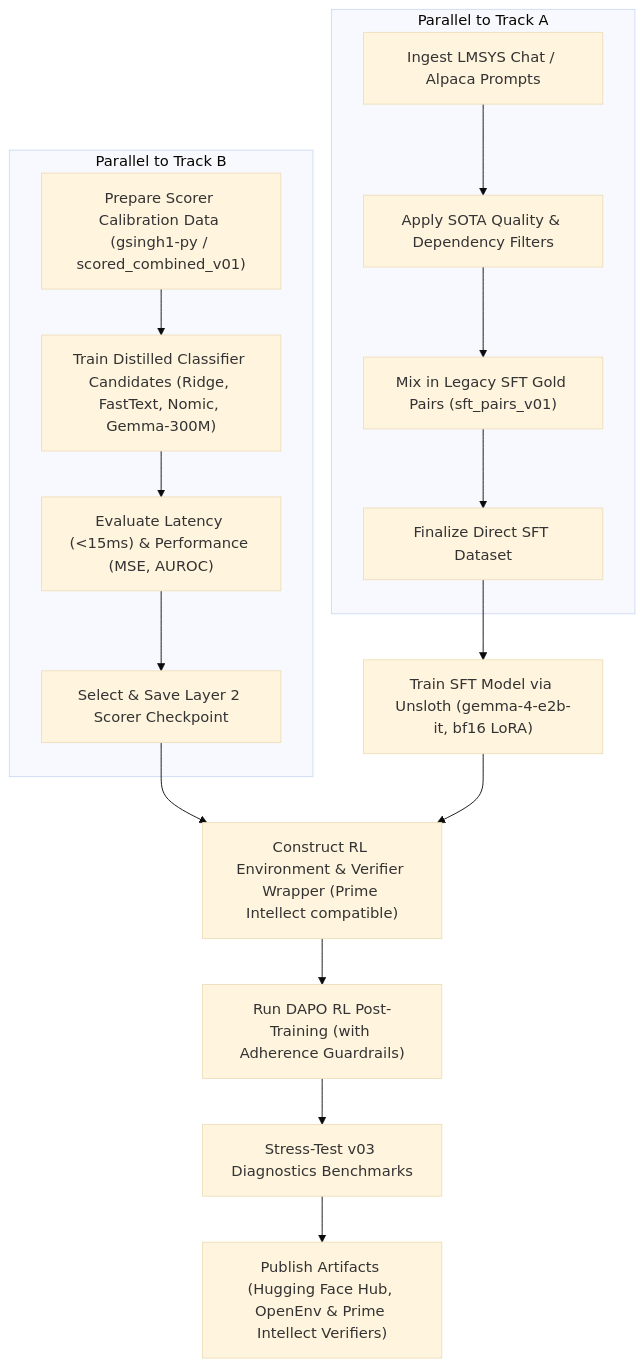
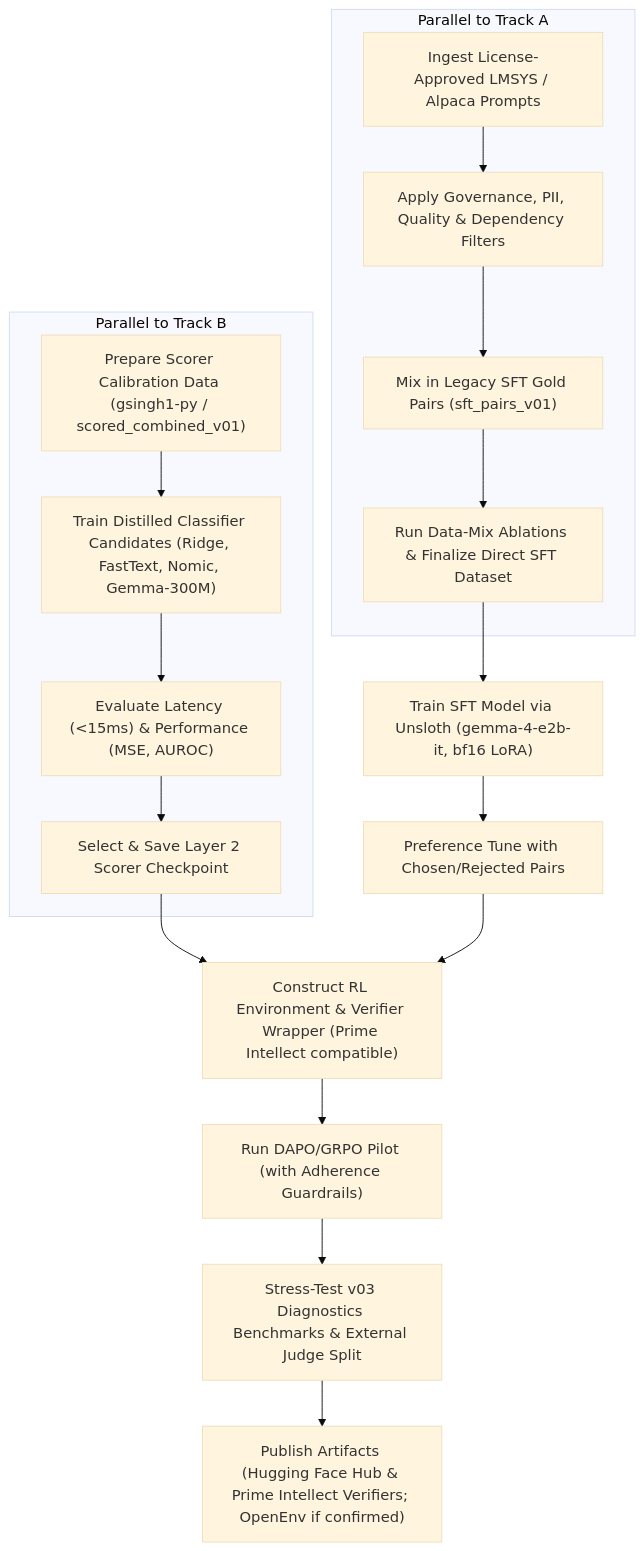
The diagram in docs/plans/gemma_4_e2b_alignment_strategy.md (jayshah5696/humanize-rl), drawn with Mermaid (base theme) before and after one commit. The commit also changed other lines of this file, not shown here.

````diff
--- a/docs/plans/gemma_4_e2b_alignment_strategy.md
+++ b/docs/plans/gemma_4_e2b_alignment_strategy.md
@@ -206,23 +242,24 @@
 ```mermaid
 flowchart TD
     subgraph Track A: Scorer Calibration [Parallel to Track B]
         A1["Prepare Scorer Calibration Data (gsingh1-py / scored_combined_v01)"] --> A2["Train Distilled Classifier Candidates (Ridge, FastText, Nomic, Gemma-300M)"]
         A2 --> A3["Evaluate Latency (<15ms) & Performance (MSE, AUROC)"]
         A3 --> A4["Select & Save Layer 2 Scorer Checkpoint"]
     end
 
     subgraph Track B: SFT Data Preparation [Parallel to Track A]
-        B1["Ingest LMSYS Chat / Alpaca Prompts"] --> B2["Apply SOTA Quality & Dependency Filters"]
+        B1["Ingest License-Approved LMSYS / Alpaca Prompts"] --> B2["Apply Governance, PII, Quality & Dependency Filters"]
         B2 --> B3["Mix in Legacy SFT Gold Pairs (sft_pairs_v01)"]
-        B3 --> B4["Finalize Direct SFT Dataset"]
+        B3 --> B4["Run Data-Mix Ablations & Finalize Direct SFT Dataset"]
     end
 
     B4 --> C1["Train SFT Model via Unsloth (gemma-4-e2b-it, bf16 LoRA)"]
+    C1 --> C2["Preference Tune with Chosen/Rejected Pairs"]
     
-    A4 & C1 --> D1["Construct RL Environment & Verifier Wrapper (Prime Intellect compatible)"]
+    A4 & C2 --> D1["Construct RL Environment & Verifier Wrapper (Prime Intellect compatible)"]
     
-    D1 --> D2["Run DAPO RL Post-Training (with Adherence Guardrails)"]
-    D2 --> D3["Stress-Test v03 Diagnostics Benchmarks"]
+    D1 --> D2["Run DAPO/GRPO Pilot (with Adherence Guardrails)"]
+    D2 --> D3["Stress-Test v03 Diagnostics Benchmarks & External Judge Split"]
     
-    D3 --> E1["Publish Artifacts (Hugging Face Hub, OpenEnv & Prime Intellect Verifiers)"]
+    D3 --> E1["Publish Artifacts (Hugging Face Hub & Prime Intellect Verifiers; OpenEnv if confirmed)"]
 ```
````
